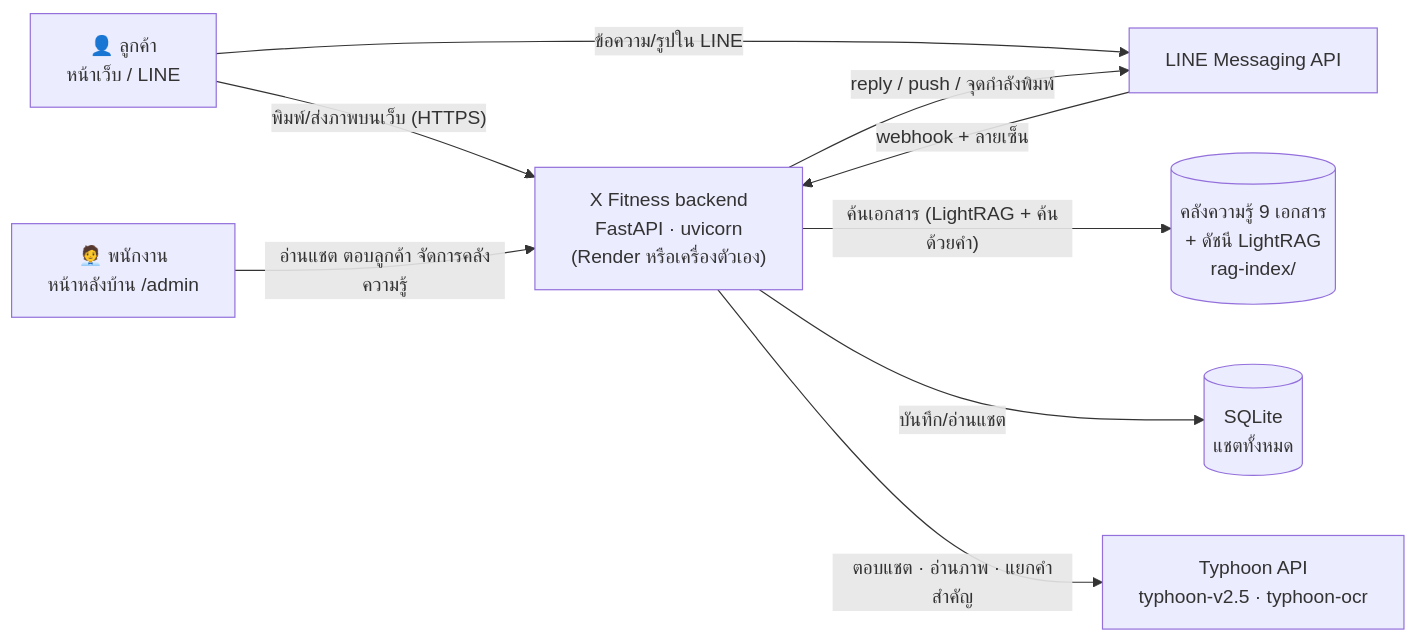
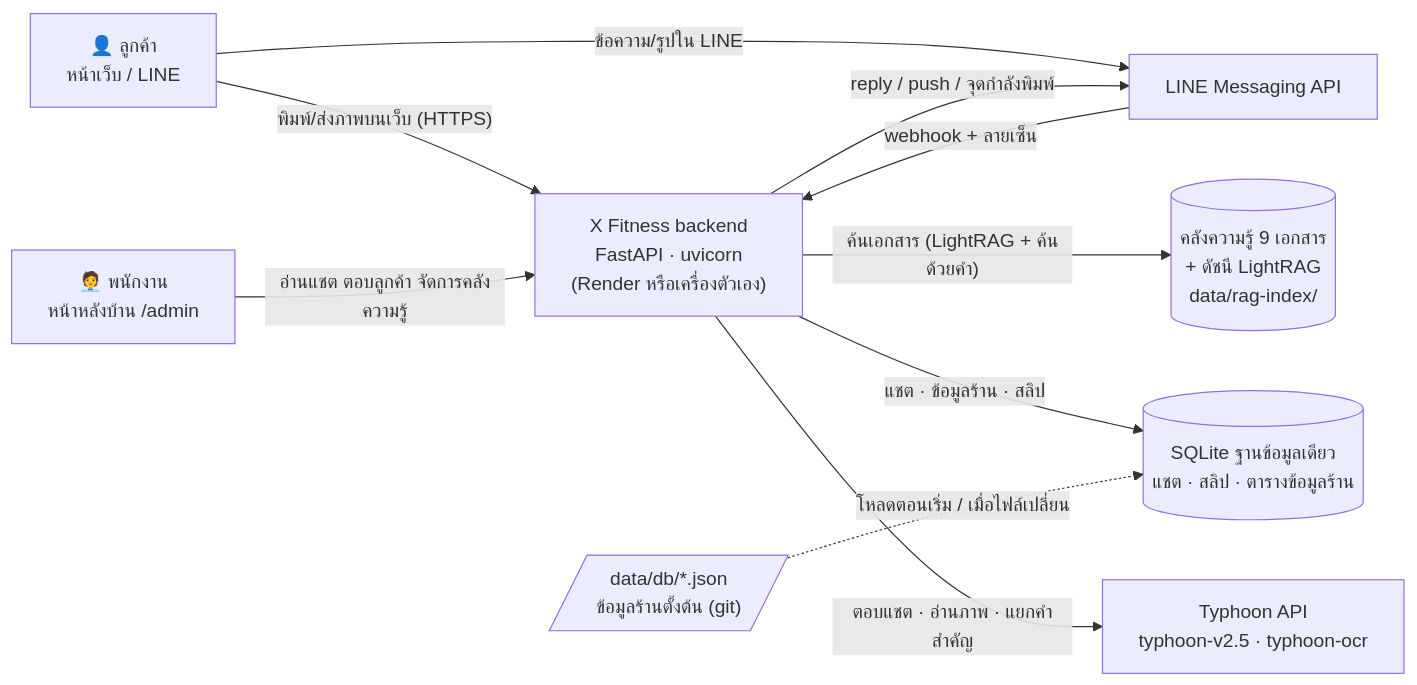
One commit to sansernonline/chatbot-project changed the first of 3 diagrams in docs/06_diagrams.md. Above: the diagram before and after it, drawn with Mermaid. The commit also changed other lines of this file and 163 other files, not shown here.

First line of the commit message:
feat: bot answers end with ครับ, move rag-index into data/ and test-images to qa/

````diff
--- a/docs/06_diagrams.md
+++ b/docs/06_diagrams.md
@@ -9,19 +9,21 @@
 ```mermaid
 flowchart LR
     C["👤 ลูกค้า<br/>หน้าเว็บ / LINE"]
     S["🧑‍💼 พนักงาน<br/>หน้าหลังบ้าน /admin"]
     LINE["LINE Messaging API"]
     APP["X Fitness backend<br/>FastAPI · uvicorn<br/>(Render หรือเครื่องตัวเอง)"]
-    KB[("คลังความรู้ 9 เอกสาร<br/>+ ดัชนี LightRAG<br/>rag-index/")]
-    DB[("SQLite<br/>แชตทั้งหมด")]
+    KB[("คลังความรู้ 9 เอกสาร<br/>+ ดัชนี LightRAG<br/>data/rag-index/")]
+    DB[("SQLite ฐานข้อมูลเดียว<br/>แชต · สลิป · ตารางข้อมูลร้าน")]
+    SEED[/"data/db/*.json<br/>ข้อมูลร้านตั้งต้น (git)"/]
     TY["Typhoon API<br/>typhoon-v2.5 · typhoon-ocr"]
 
     C -- "พิมพ์/ส่งภาพบนเว็บ (HTTPS)" --> APP
     C -- "ข้อความ/รูปใน LINE" --> LINE
     LINE -- "webhook + ลายเซ็น" --> APP
     APP -- "reply / push / จุดกำลังพิมพ์" --> LINE
     S -- "อ่านแชต ตอบลูกค้า จัดการคลังความรู้" --> APP
     APP -- "ค้นเอกสาร (LightRAG + ค้นด้วยคำ)" --> KB
-    APP -- "บันทึก/อ่านแชต" --> DB
+    APP -- "แชต · ข้อมูลร้าน · สลิป" --> DB
+    SEED -. "โหลดตอนเริ่ม / เมื่อไฟล์เปลี่ยน" .-> DB
     APP -- "ตอบแชต · อ่านภาพ · แยกคำสำคัญ" --> TY
 ```
````
